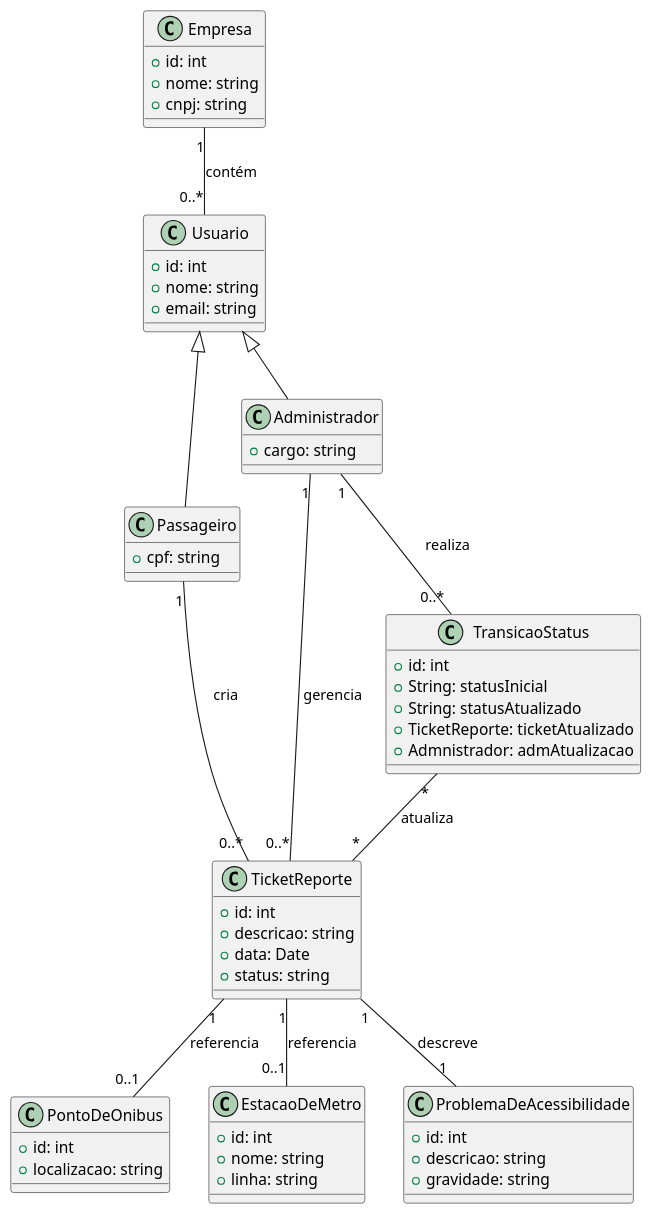
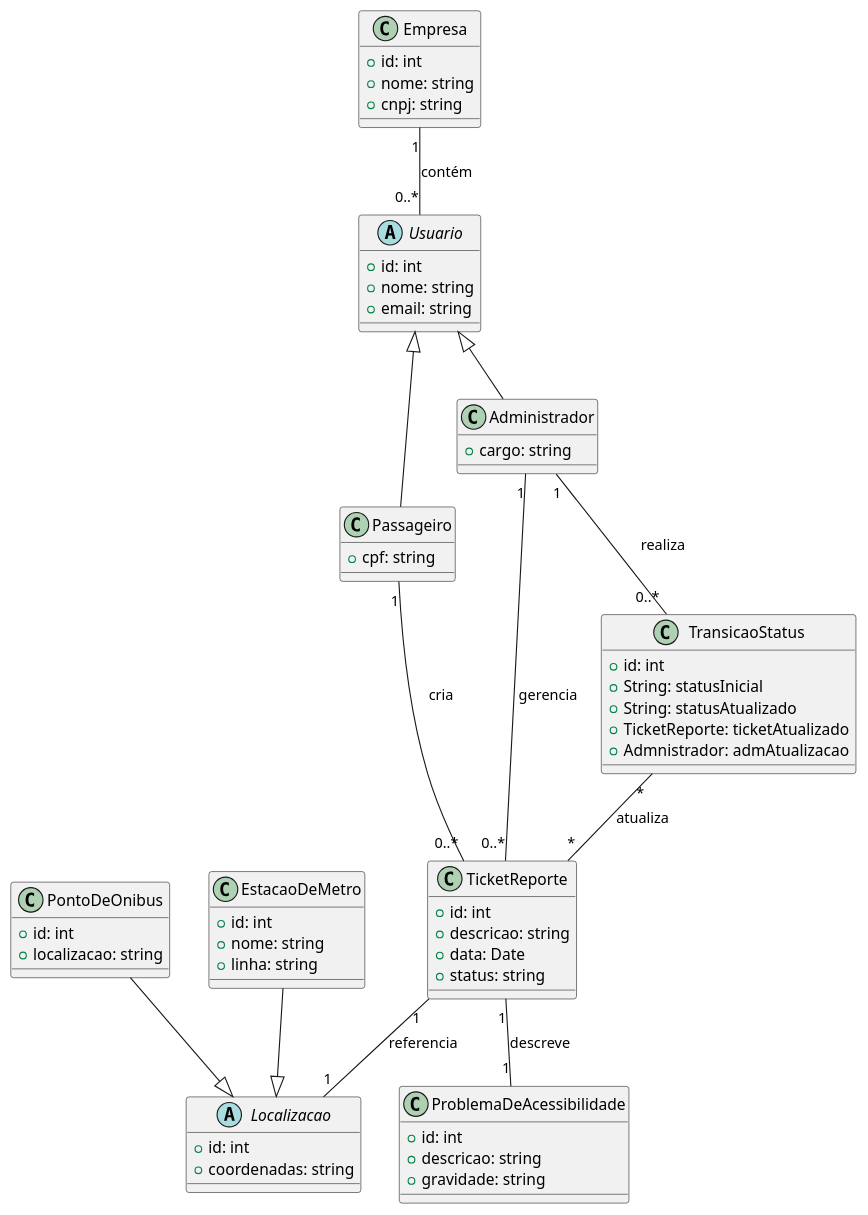
One commit to vinicius-cappatti/tickets-transporte-publico changed the diagram in wiki/uml/class-diagram.puml. Above: the diagram before and after it, drawn with PlantUML. The commit also changed 1 other file, not shown here.

Commit message:
Alteração do diagrama de classe para inclusão de classes abstratas

```diff
--- a/wiki/uml/class-diagram.puml
+++ b/wiki/uml/class-diagram.puml
@@ -1,64 +1,72 @@
 @startuml
-class Usuario {
+
+abstract class Usuario {
   +id: int
   +nome: string
   +email: string
 }
 
 class Passageiro {
   +cpf: string
 }
 
 class Administrador {
   +cargo: string
 }
 
 class Empresa {
   +id: int
   +nome: string
   +cnpj: string
 }
 
 class TicketReporte {
   +id: int
   +descricao: string
   +data: Date
   +status: string
 }
+
+abstract class Localizacao {
+   +id: int
+   +coordenadas: string
+} 
 
 class PontoDeOnibus {
   +id: int
   +localizacao: string
 }
 
 class EstacaoDeMetro {
   +id: int
   +nome: string
   +linha: string
 }
 
 class ProblemaDeAcessibilidade {
   +id: int
   +descricao: string
   +gravidade: string
 }
 
 class TransicaoStatus {
    +id: int
    +String: statusInicial
    +String: statusAtualizado
    +TicketReporte: ticketAtualizado
    +Admnistrador: admAtualizacao
 }
 
 Usuario <|-- Passageiro
 Usuario <|-- Administrador
 Empresa "1" -- "0..*" Usuario : contém
 Passageiro "1" -- "0..*" TicketReporte : cria
 Administrador "1" -- "0..*" TicketReporte : gerencia
 Administrador "1" -- "0..*" TransicaoStatus : realiza
 TransicaoStatus "*" -- "*" TicketReporte : atualiza 
 TicketReporte "1" -- "1" ProblemaDeAcessibilidade : descreve
-TicketReporte "1" -- "0..1" PontoDeOnibus : referencia
-TicketReporte "1" -- "0..1" EstacaoDeMetro : referencia
+TicketReporte "1" -- "1" Localizacao: referencia
+EstacaoDeMetro --|> Localizacao
+PontoDeOnibus --|> Localizacao
+
 @enduml
```
